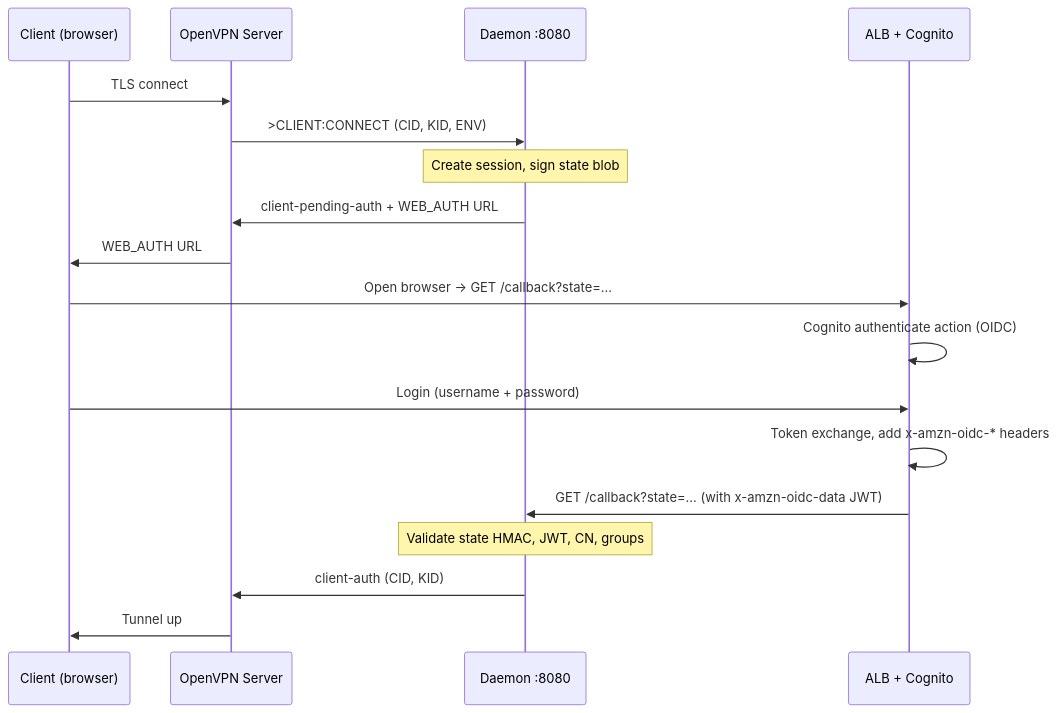
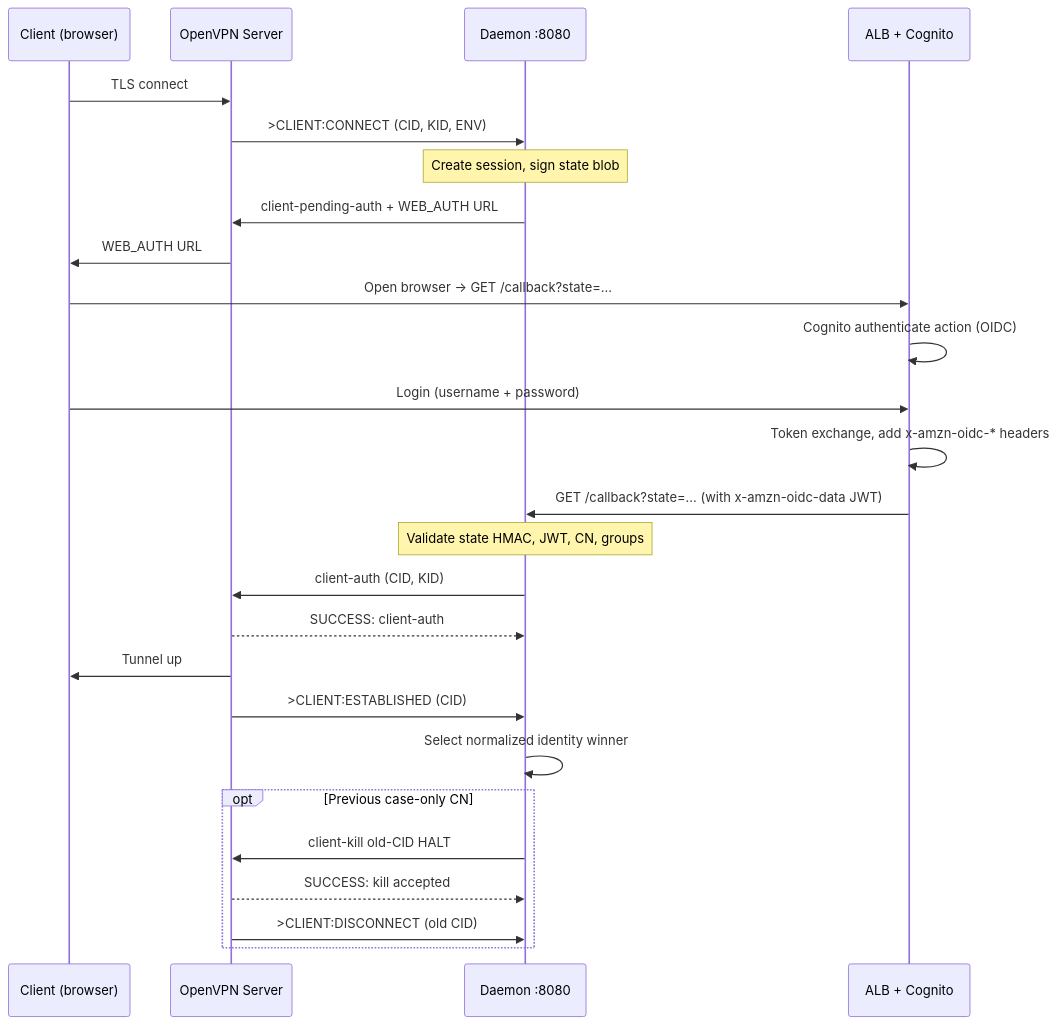
One commit to luk-kop/openvpn-auth-aws changed the second of 9 diagrams in docs/architecture-design.md. Above: the diagram before and after it, drawn with Mermaid. The commit also changed other lines of this file and 102 other files, not shown here.

````diff
--- a/docs/architecture-design.md
+++ b/docs/architecture-design.md
@@ -76,21 +76,29 @@
 ```mermaid
 sequenceDiagram
     participant C as Client (browser)
     participant V as OpenVPN Server
     participant D as Daemon :8080
     participant A as ALB + Cognito
 
     C->>V: TLS connect
     V->>D: >CLIENT:CONNECT (CID, KID, ENV)
     Note over D: Create session, sign state blob
     D->>V: client-pending-auth + WEB_AUTH URL
     V->>C: WEB_AUTH URL
     C->>A: Open browser → GET /callback?state=...
     A->>A: Cognito authenticate action (OIDC)
     C->>A: Login (username + password)
     A->>A: Token exchange, add x-amzn-oidc-* headers
     A->>D: GET /callback?state=... (with x-amzn-oidc-data JWT)
     Note over D: Validate state HMAC, JWT, CN, groups
     D->>V: client-auth (CID, KID)
+    V-->>D: SUCCESS: client-auth
     V->>C: Tunnel up
+    V->>D: >CLIENT:ESTABLISHED (CID)
+    D->>D: Select normalized identity winner
+    opt Previous case-only CN
+        D->>V: client-kill old-CID HALT
+        V-->>D: SUCCESS: kill accepted
+        V->>D: >CLIENT:DISCONNECT (old CID)
+    end
 ```
````
